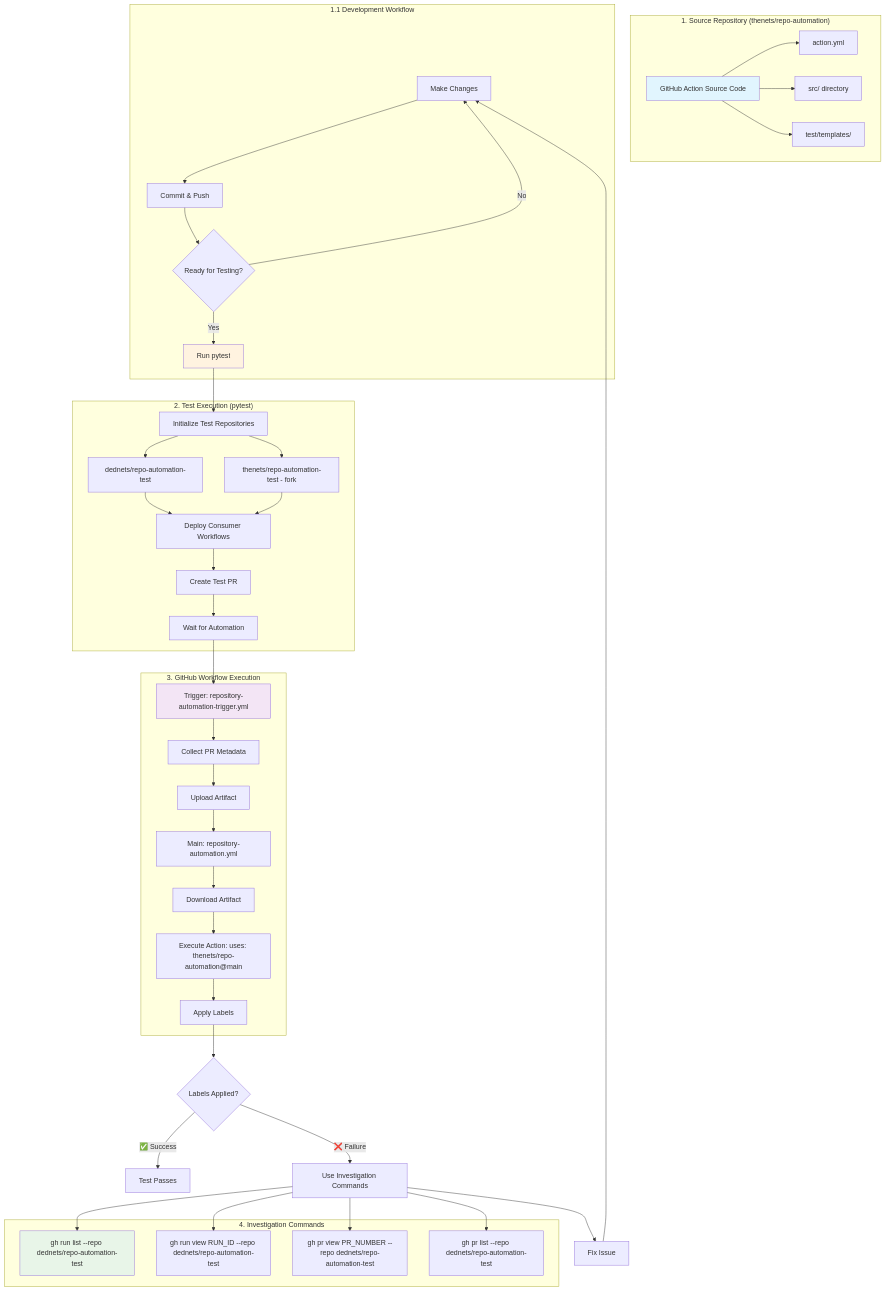
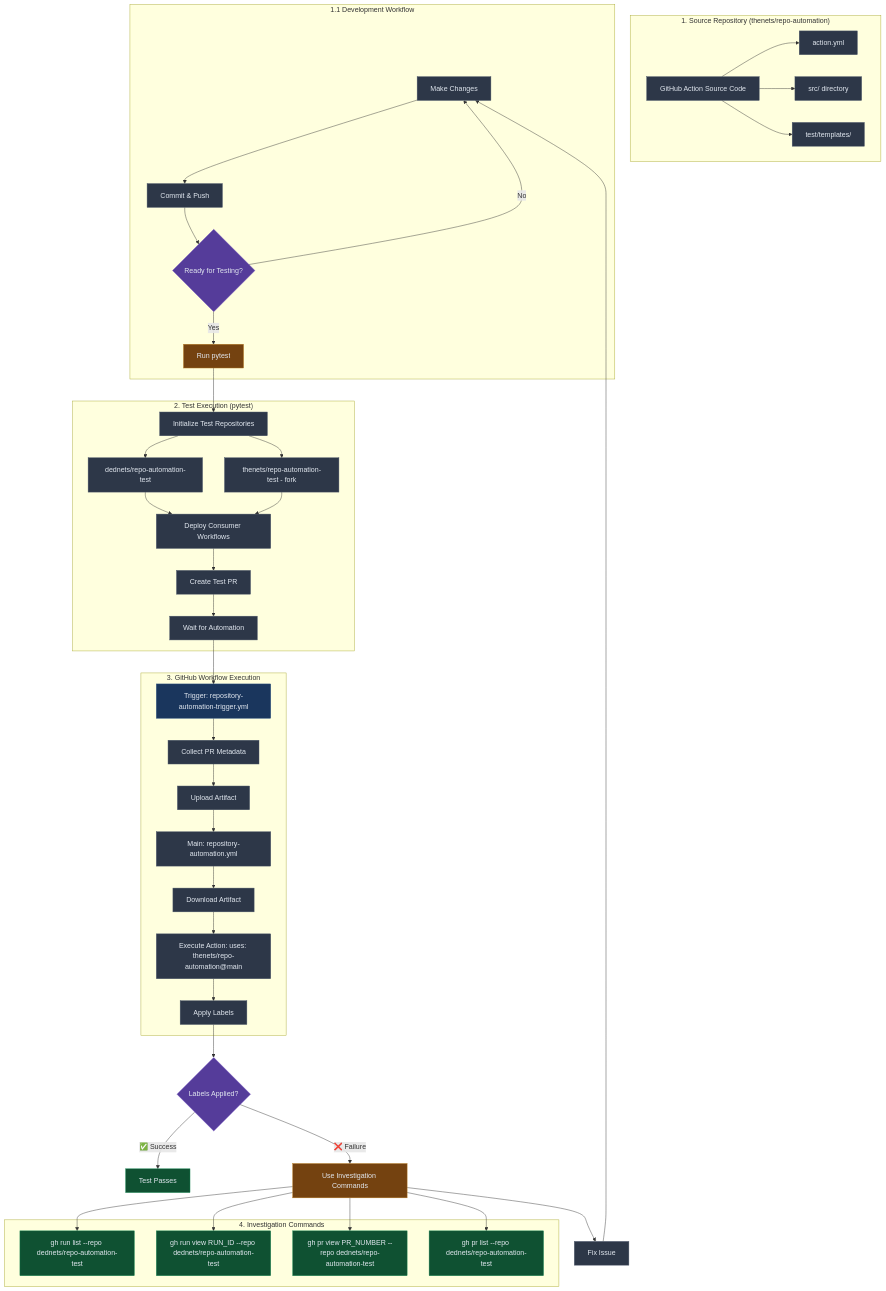
One commit to thenets/repo-automation changed the diagram in CLAUDE.md. Above: the diagram before and after it, drawn with Mermaid. The commit also changed 1 other file, not shown here.

Commit message:
Update mermaid charts with dark-mode friendly colors

````diff
--- a/CLAUDE.md
+++ b/CLAUDE.md
@@ -190,8 +190,33 @@
     W --> X[Fix Issue]
     X --> B
     
-    style A fill:#e1f5fe
-    style E fill:#fff3e0
-    style J fill:#f3e5f5
-    style Q fill:#e8f5e8
+    style A fill:#2d3748,stroke:#4a5568,color:#e2e8f0
+    style A1 fill:#2d3748,stroke:#4a5568,color:#e2e8f0
+    style A2 fill:#2d3748,stroke:#4a5568,color:#e2e8f0
+    style A3 fill:#2d3748,stroke:#4a5568,color:#e2e8f0
+    style B fill:#2d3748,stroke:#4a5568,color:#e2e8f0
+    style C fill:#2d3748,stroke:#4a5568,color:#e2e8f0
+    style D fill:#553c9a,stroke:#6b46c1,color:#e2e8f0
+    style E fill:#744210,stroke:#b7791f,color:#e2e8f0
+    style F fill:#2d3748,stroke:#4a5568,color:#e2e8f0
+    style F1 fill:#2d3748,stroke:#4a5568,color:#e2e8f0
+    style F2 fill:#2d3748,stroke:#4a5568,color:#e2e8f0
+    style G fill:#2d3748,stroke:#4a5568,color:#e2e8f0
+    style H fill:#2d3748,stroke:#4a5568,color:#e2e8f0
+    style I fill:#2d3748,stroke:#4a5568,color:#e2e8f0
+    style J fill:#1a365d,stroke:#2c5282,color:#e2e8f0
+    style K fill:#2d3748,stroke:#4a5568,color:#e2e8f0
+    style L fill:#2d3748,stroke:#4a5568,color:#e2e8f0
+    style M fill:#2d3748,stroke:#4a5568,color:#e2e8f0
+    style N fill:#2d3748,stroke:#4a5568,color:#e2e8f0
+    style O fill:#2d3748,stroke:#4a5568,color:#e2e8f0
+    style P fill:#2d3748,stroke:#4a5568,color:#e2e8f0
+    style Q fill:#0f5132,stroke:#198754,color:#e2e8f0
+    style R fill:#0f5132,stroke:#198754,color:#e2e8f0
+    style S fill:#0f5132,stroke:#198754,color:#e2e8f0
+    style T fill:#0f5132,stroke:#198754,color:#e2e8f0
+    style U fill:#553c9a,stroke:#6b46c1,color:#e2e8f0
+    style V fill:#0f5132,stroke:#198754,color:#e2e8f0
+    style W fill:#744210,stroke:#b7791f,color:#e2e8f0
+    style X fill:#2d3748,stroke:#4a5568,color:#e2e8f0
 ```
````
